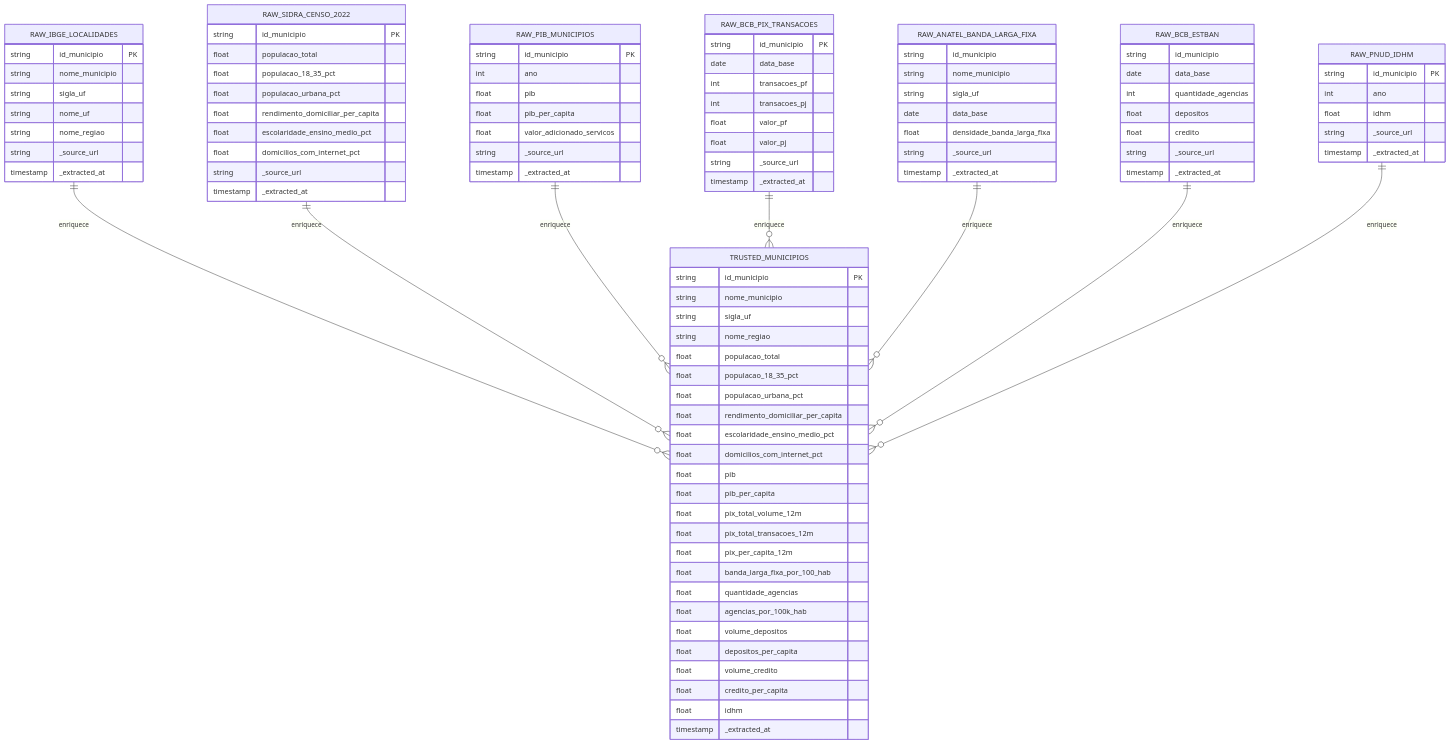
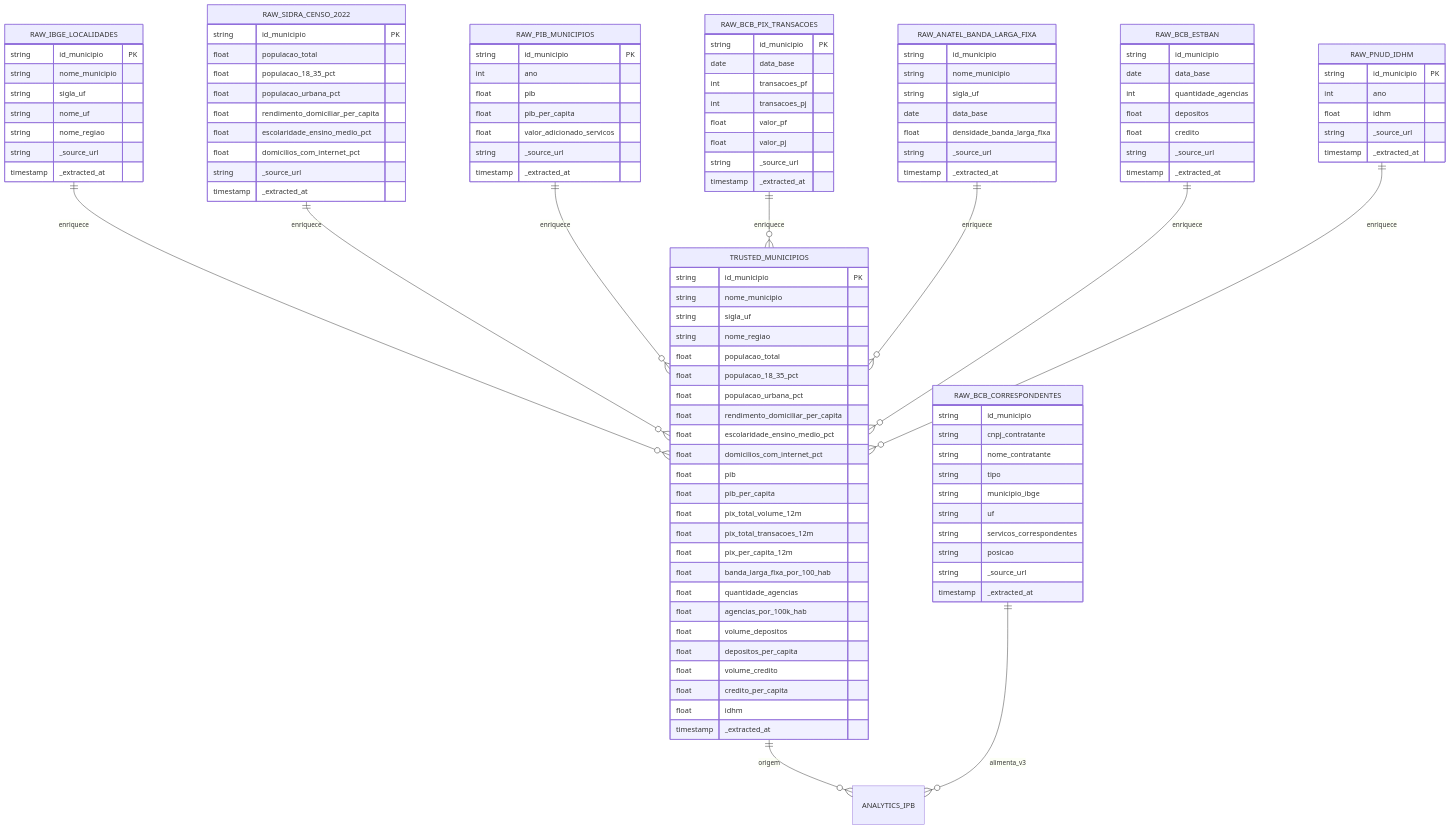
The third of 4 diagrams in docs/Arquitetura_Tecnica.md (LucioFrCruz/heluvina_projeto_final_202602), drawn with Mermaid before and after one commit. The commit also changed other lines of this file and 2 other files, not shown here.

Commit message:
docs: atualiza Dicionario de Dados, Arquitetura Tecnica e Guia de Coleta

````diff
--- a/docs/Arquitetura_Tecnica.md
+++ b/docs/Arquitetura_Tecnica.md
@@ -239,6 +243,19 @@
         timestamp _extracted_at
     }
 
+    RAW_BCB_CORRESPONDENTES {
+        string id_municipio
+        string cnpj_contratante
+        string nome_contratante
+        string tipo
+        string municipio_ibge
+        string uf
+        string servicos_correspondentes
+        string posicao
+        string _source_url
+        timestamp _extracted_at
+    }
+
     TRUSTED_MUNICIPIOS {
         string id_municipio PK
         string nome_municipio
@@ -273,4 +290,9 @@
     RAW_ANATEL_BANDA_LARGA_FIXA ||--o{ TRUSTED_MUNICIPIOS : enriquece
     RAW_BCB_ESTBAN ||--o{ TRUSTED_MUNICIPIOS : enriquece
     RAW_PNUD_IDHM ||--o{ TRUSTED_MUNICIPIOS : enriquece
+    %% Camada analytics (analytics_ipb_v1_classico, _v2_recalibrado,
+    %% _v3_presenca_completa, _comparacao): schemas no Dicionário de Dados.
+    %% TRUSTED_MUNICIPIOS + RAW_BCB_CORRESPONDENTES alimentam as analytics_ipb_*
+    TRUSTED_MUNICIPIOS ||--o{ ANALYTICS_IPB : origem
+    RAW_BCB_CORRESPONDENTES ||--o{ ANALYTICS_IPB : alimenta_v3
 ```
````
